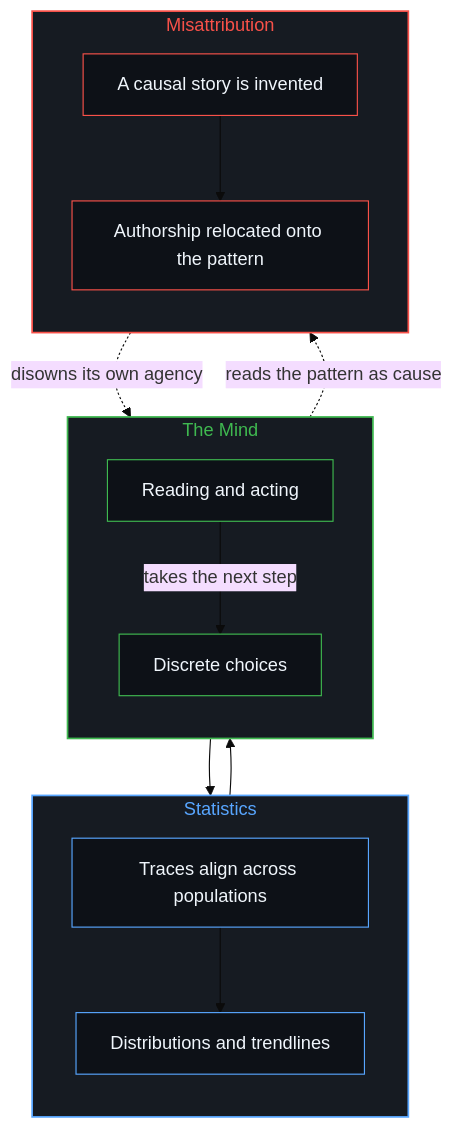
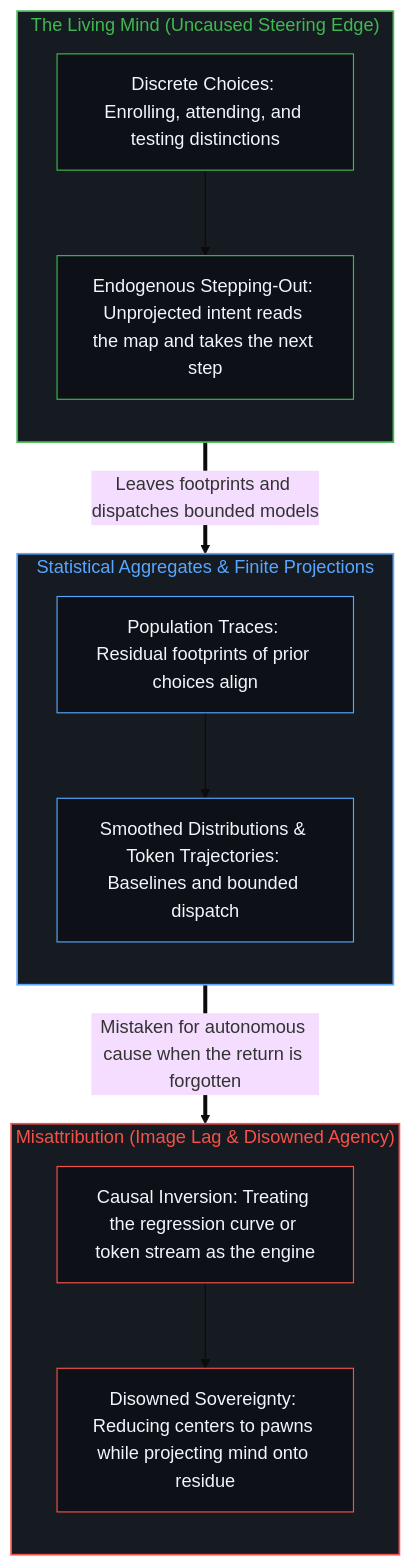
Before and after one commit to powerpig99/not-a-toe: the second of 2 diagrams in content/posts/the-mind-that-statistics-cannot-reveal.md, drawn with Mermaid (base theme). The commit also changed other lines of this file and 1 other file, not shown here.

Commit message:
Refine the-mind-that-statistics-cannot-reveal (Wave 3 L2 #142)

````diff
--- a/content/posts/the-mind-that-statistics-cannot-reveal.md
+++ b/content/posts/the-mind-that-statistics-cannot-reveal.md
@@ -84,32 +88,36 @@
 ```mermaid
 flowchart TD
-    subgraph S_Mind["The Mind"]
+    subgraph S_Mind["The Living Mind (Uncaused Steering Edge)"]
         direction TB
-        M1["Discrete choices"]
-        M2["Reading and acting"]
+        M1["Discrete Choices: Enrolling, attending, and testing distinctions"]
+        M2["Endogenous Stepping-Out: Unprojected intent reads the map and takes the next step"]
+        M1 --> M2
     end
-    subgraph S_Stats["Statistics"]
+
+    subgraph S_Stats["Statistical Aggregates & Finite Projections"]
         direction TB
-        T1["Traces align across populations"]
-        T2["Distributions and trendlines"]
+        T1["Population Traces: Residual footprints of prior choices align"]
+        T2["Smoothed Distributions & Token Trajectories: Baselines and bounded dispatch"]
+        T1 --> T2
     end
-    subgraph S_Mis["Misattribution"]
+
+    subgraph S_Mis["Misattribution (Image Lag & Disowned Agency)"]
         direction TB
-        X1["A causal story is invented"]
-        X2["Authorship relocated onto the pattern"]
+        X1["Causal Inversion: Treating the regression curve or token stream as the engine"]
+        X2["Disowned Sovereignty: Reducing centers to pawns while projecting mind onto residue"]
+        X1 --> X2
     end
-    M1 --> T1 --> T2
-    T2 --> M2
-    M2 -->|"takes the next step"| M1
-    M2 -.->|"reads the pattern as cause"| X1 --> X2
-    X2 -.->|"disowns its own agency"| M2
+
+    M2 ==>|"Leaves footprints and dispatches bounded models"| T1
+    T2 ==>|"Mistaken for autonomous cause when the return is forgotten"| X1
+
     style S_Mind fill:#161b22,stroke:#3fb950,stroke-width:1.5px,color:#3fb950
     style S_Stats fill:#161b22,stroke:#58a6ff,stroke-width:1.5px,color:#58a6ff
     style S_Mis fill:#161b22,stroke:#f85149,stroke-width:1.5px,color:#f85149
     style M1 fill:#0d1117,stroke:#3fb950,stroke-width:1px,color:#f0f6fc
     style M2 fill:#0d1117,stroke:#3fb950,stroke-width:1px,color:#f0f6fc
     style T1 fill:#0d1117,stroke:#58a6ff,stroke-width:1px,color:#f0f6fc
     style T2 fill:#0d1117,stroke:#58a6ff,stroke-width:1px,color:#f0f6fc
     style X1 fill:#0d1117,stroke:#f85149,stroke-width:1px,color:#f0f6fc
     style X2 fill:#0d1117,stroke:#f85149,stroke-width:1px,color:#f0f6fc
 ```
````
